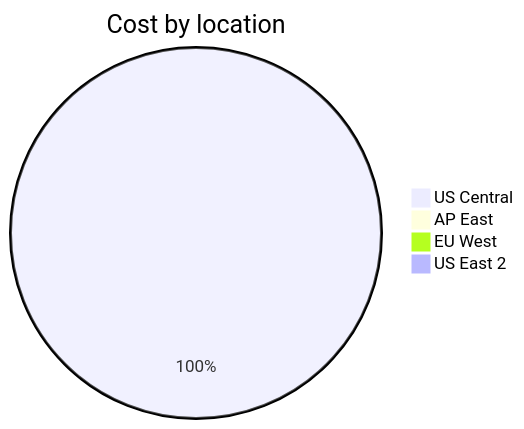
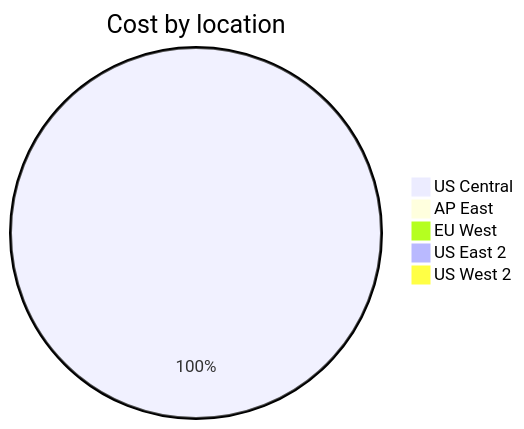
The third of 4 diagrams in cost-reports/personal-site/personal-site-preview.md (jpfulton/azure-personal-reports), drawn with Mermaid before and after one commit. The commit also changed other lines of this file and 6 other files, not shown here.

````diff
--- a/cost-reports/personal-site/personal-site-preview.md
+++ b/cost-reports/personal-site/personal-site-preview.md
@@ -108,8 +109,9 @@
 ```mermaid
 pie
    title Cost by location
-   "US Central" : 3.37
+   "US Central" : 3.50
    "AP East" : 0.00
    "EU West" : 0.00
    "US East 2" : 0.00
+   "US West 2" : 0.00
 ```
````
